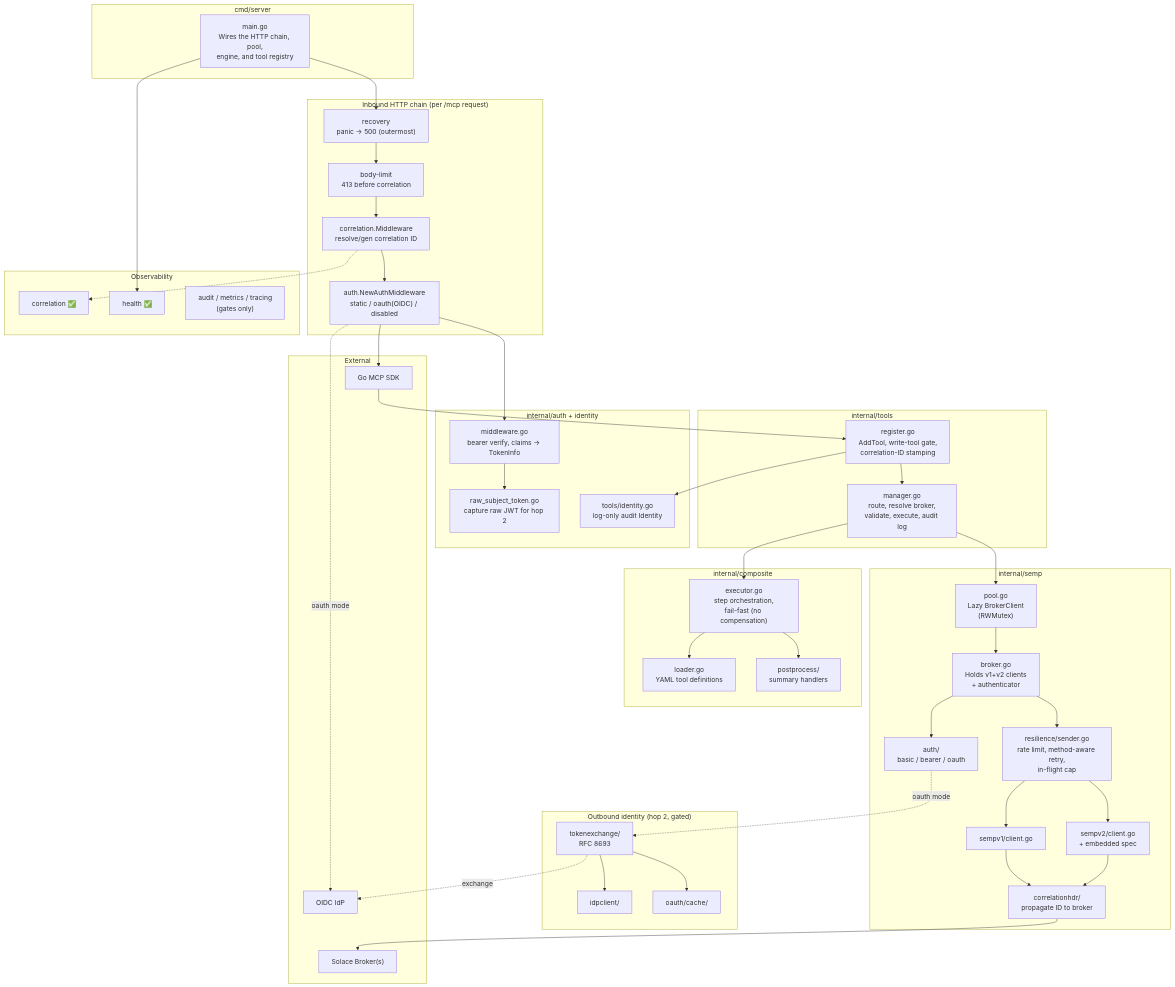
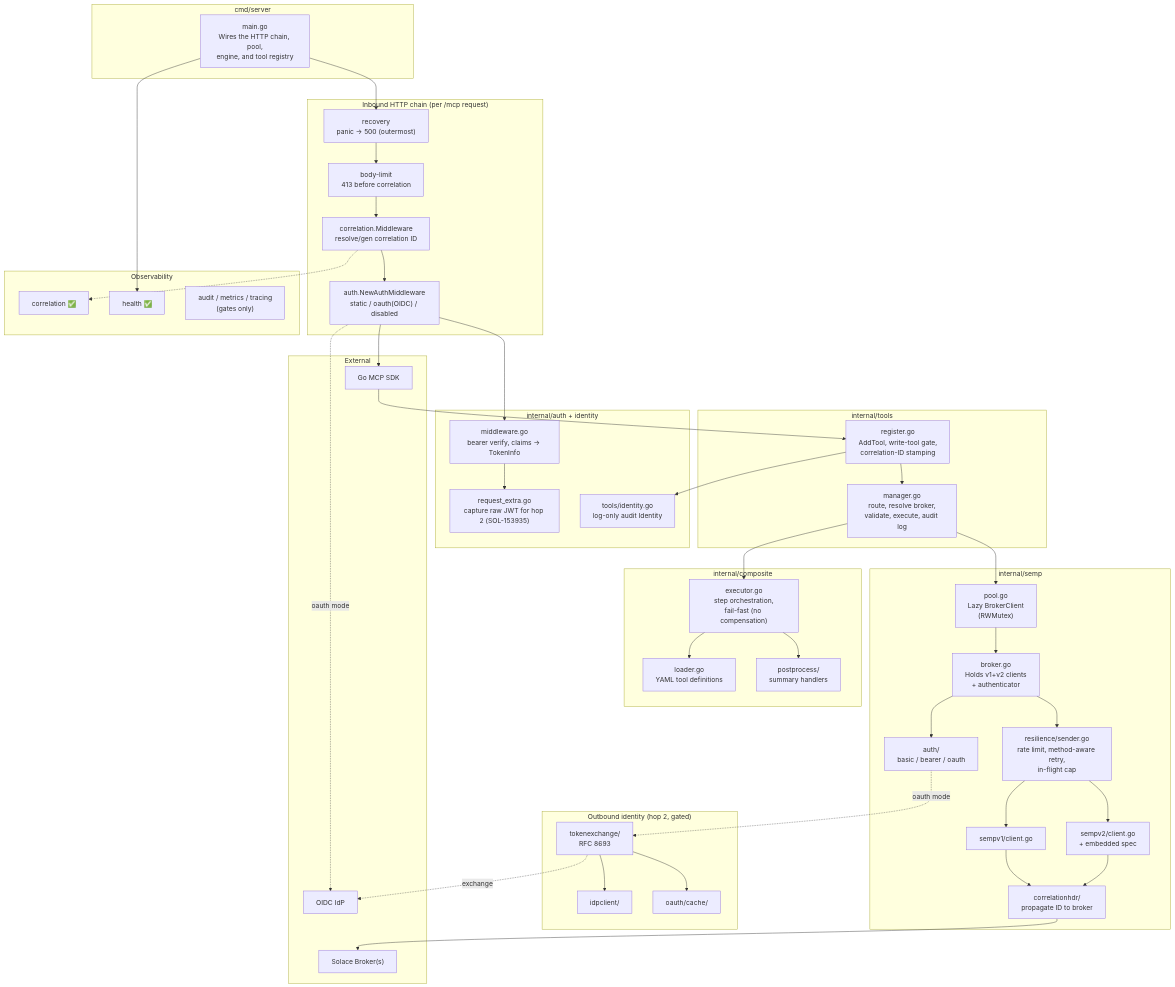
One commit to SolaceProducts/solace-broker-mcp changed the first of 6 diagrams in docs/internal/architecture.md. Above: the diagram before and after it, drawn with Mermaid. The commit also changed other lines of this file and 25 other files, not shown here.

First line of the commit message:
SOL-153935: hop 2 and correlation use this request's Extra, not initialize (#371)

````diff
--- a/docs/internal/architecture.md
+++ b/docs/internal/architecture.md
@@ -74,82 +74,82 @@
 ```mermaid
 graph TB
     subgraph "cmd/server"
         MAIN["main.go<br/>Wires the HTTP chain, pool,<br/>engine, and tool registry"]
     end
 
     subgraph "Inbound HTTP chain (per /mcp request)"
         REC["recovery<br/>panic → 500 (outermost)"]
         LIMIT["body-limit<br/>413 before correlation"]
         CORR["correlation.Middleware<br/>resolve/gen correlation ID"]
         AUTHMW["auth.NewAuthMiddleware<br/>static / oauth(OIDC) / disabled"]
     end
 
     subgraph "internal/auth + identity"
         VERIFY["middleware.go<br/>bearer verify, claims → TokenInfo"]
-        RAWTOK["raw_subject_token.go<br/>capture raw JWT for hop 2"]
+        RAWTOK["request_extra.go<br/>capture raw JWT for hop 2 (SOL-153935)"]
         IDENT["tools/identity.go<br/>log-only audit Identity"]
     end
 
     subgraph "internal/tools"
         REG["register.go<br/>AddTool, write-tool gate,<br/>correlation-ID stamping"]
         MGR["manager.go<br/>route, resolve broker,<br/>validate, execute, audit log"]
     end
 
     subgraph "internal/composite"
         EXEC["executor.go<br/>step orchestration,<br/>fail-fast (no compensation)"]
         LOADER["loader.go<br/>YAML tool definitions"]
         PP["postprocess/<br/>summary handlers"]
     end
 
     subgraph "internal/semp"
         POOL["pool.go<br/>Lazy BrokerClient<br/>(RWMutex)"]
         BROKER["broker.go<br/>Holds v1+v2 clients<br/>+ authenticator"]
         SENDER["resilience/sender.go<br/>rate limit, method-aware retry,<br/>in-flight cap"]
         SAUTH["auth/<br/>basic / bearer / oauth"]
         V1["sempv1/client.go"]
         V2["sempv2/client.go<br/>+ embedded spec"]
         CHDR["correlationhdr/<br/>propagate ID to broker"]
     end
 
     subgraph "Outbound identity (hop 2, gated)"
         TX["tokenexchange/<br/>RFC 8693"]
         IDP["idpclient/"]
         TCACHE["oauth/cache/"]
     end
 
     subgraph "Observability"
         OCORR["correlation ✅"]
         OHEALTH["health ✅"]
         OGATE["audit / metrics / tracing<br/>(gates only)"]
     end
 
     subgraph "External"
         MCP_SDK["Go MCP SDK"]
         IDPX["OIDC IdP"]
         BROKER_X["Solace Broker(s)"]
     end
 
     MAIN --> REC --> LIMIT --> CORR --> AUTHMW --> MCP_SDK
     AUTHMW --> VERIFY --> RAWTOK
     AUTHMW -. oauth mode .-> IDPX
     MCP_SDK --> REG --> MGR
     REG --> IDENT
     MGR --> POOL
     MGR --> EXEC
     EXEC --> LOADER
     EXEC --> PP
     POOL --> BROKER
     BROKER --> SENDER
     BROKER --> SAUTH
     SENDER --> V1
     SENDER --> V2
     V1 --> CHDR
     V2 --> CHDR
     SAUTH -. oauth mode .-> TX
     TX --> IDP
     TX --> TCACHE
     TX -. exchange .-> IDPX
     CHDR --> BROKER_X
     CORR -.-> OCORR
     MAIN --> OHEALTH
 ```
````
